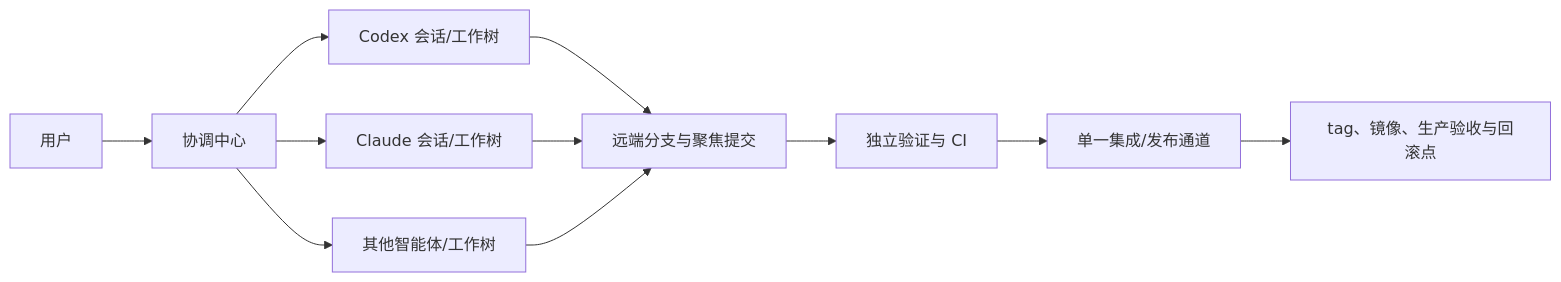
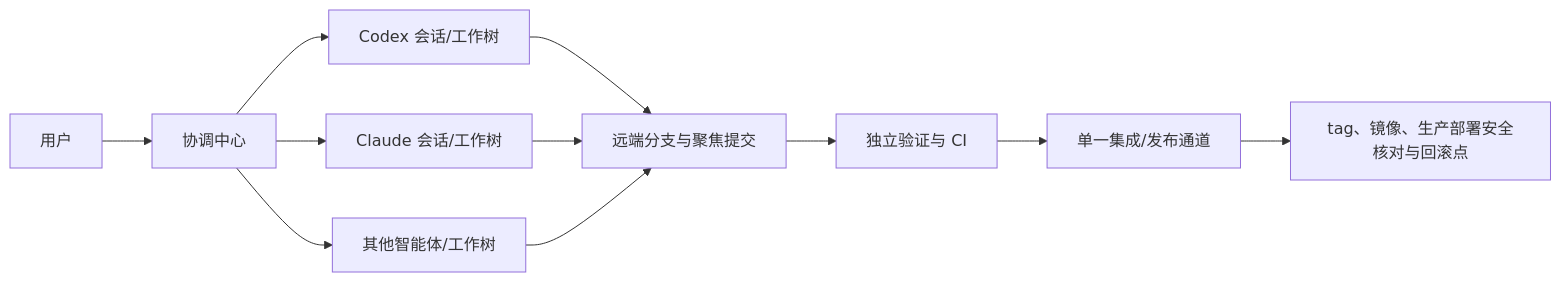
One commit to itsharex/KPanel changed the diagram in docs/multi-agent-collaboration.md. Above: the diagram before and after it, drawn with Mermaid. The commit also changed other lines of this file and 24 other files, not shown here.

````diff
--- a/docs/multi-agent-collaboration.md
+++ b/docs/multi-agent-collaboration.md
@@ -8,13 +8,13 @@
 ```mermaid
 flowchart LR
     U["用户"] --> C["协调中心"]
     C --> X["Codex 会话/工作树"]
     C --> L["Claude 会话/工作树"]
     C --> O["其他智能体/工作树"]
     X --> G["远端分支与聚焦提交"]
     L --> G
     O --> G
     G --> V["独立验证与 CI"]
     V --> R["单一集成/发布通道"]
-    R --> A["tag、镜像、生产验收与回滚点"]
+    R --> A["tag、镜像、生产部署安全核对与回滚点"]
 ```
````
